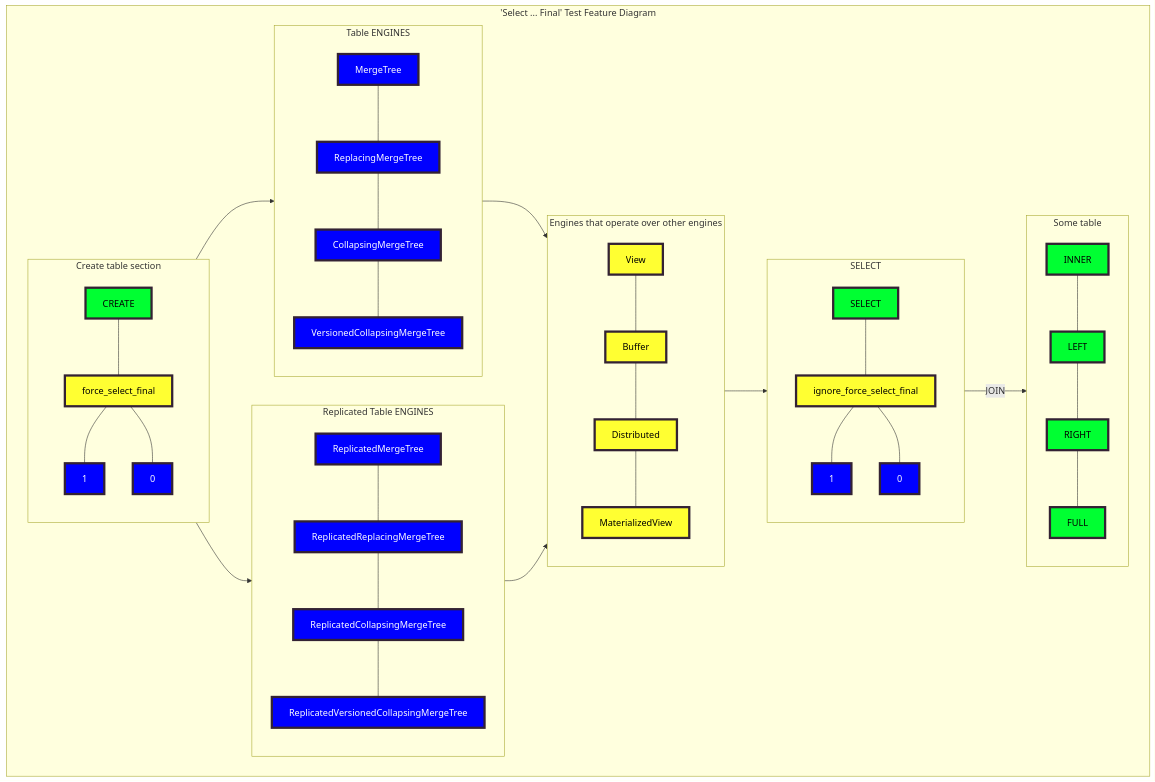
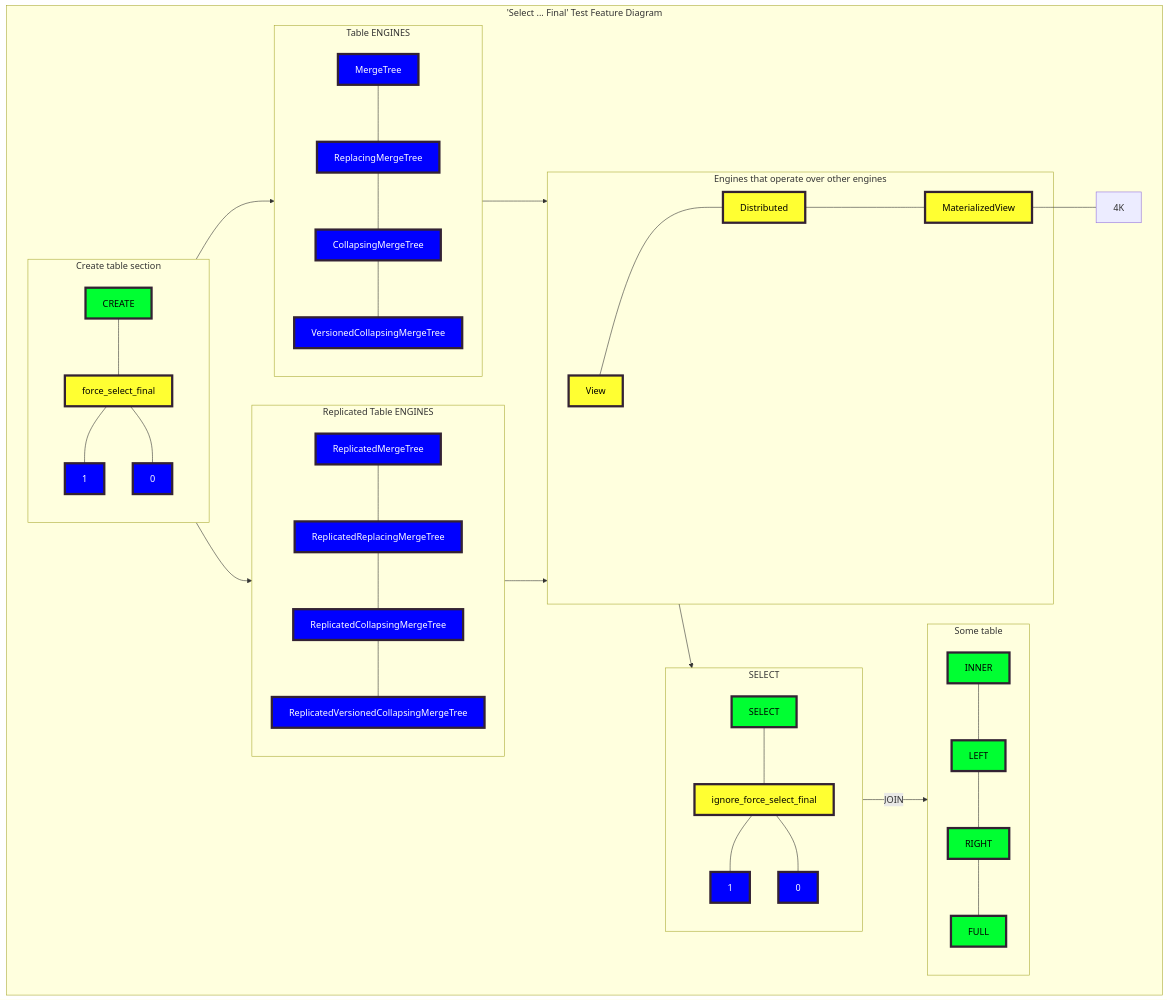
The diagram in selects/requirements/automatic_final_modifier.md (Altinity/clickhouse-regression), drawn with Mermaid before and after one commit.

````diff
--- a/selects/requirements/automatic_final_modifier.md
+++ b/selects/requirements/automatic_final_modifier.md
@@ -73,69 +73,68 @@
 ```mermaid
 flowchart TB;
 
   classDef yellow fill:#ffff32,stroke:#323,stroke-width:4px,color:black;
   classDef yellow2 fill:#ffff32,stroke:#323,stroke-width:4px,color:red;
   classDef green fill:#00ff32,stroke:#323,stroke-width:4px,color:black;
   classDef red fill:red,stroke:#323,stroke-width:4px,color:black;
   classDef blue fill:blue,stroke:#323,stroke-width:4px,color:white;
   
   subgraph O["'Select ... Final' Test Feature Diagram"]
   A-->C-->K-->D--"JOIN"-->F
   A-->E-->K
 
   1A---2A---3A
   2A---4A
   1D---2D---3D
   2D---4D
   1C---2C---3C---4C
   1E---2E---3E---4E
   1K---2K---3K---4K
   1F---2F---3F---4F
   
     subgraph A["Create table section"]
 
         1A["CREATE"]:::green
         2A["force_select_final"]:::yellow
         3A["1"]:::blue
         4A["0"]:::blue
     end
     
     subgraph D["SELECT"]
         1D["SELECT"]:::green
         2D["ignore_force_select_final"]:::yellow
         3D["1"]:::blue
         4D["0"]:::blue
     end
     
     subgraph C["Table ENGINES"]
         1C["MergeTree"]:::blue
         2C["ReplacingMergeTree"]:::blue
         3C["CollapsingMergeTree"]:::blue
         4C["VersionedCollapsingMergeTree"]:::blue
     end
     
     subgraph E["Replicated Table ENGINES"]
         1E["ReplicatedMergeTree"]:::blue
         2E["ReplicatedReplacingMergeTree"]:::blue
         3E["ReplicatedCollapsingMergeTree"]:::blue
         4E["ReplicatedVersionedCollapsingMergeTree"]:::blue
     end
       
     subgraph F["Some table"]
         1F["INNER"]:::green
         2F["LEFT"]:::green
         3F["RIGHT"]:::green
         4F["FULL"]:::green
     end
     
     subgraph K["Engines that operate over other engines"]
         1K["View"]:::yellow
-        2K["Buffer"]:::yellow
-        3K["Distributed"]:::yellow
-        4K["MaterializedView"]:::yellow
+        2K["Distributed"]:::yellow
+        3K["MaterializedView"]:::yellow
     end
 
     
 
   end
 ```
````
